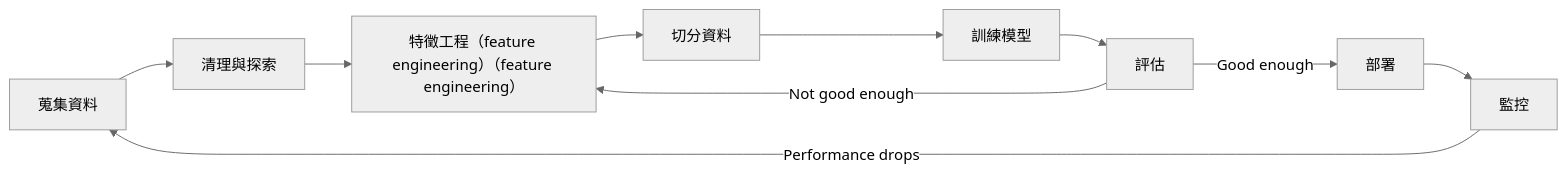
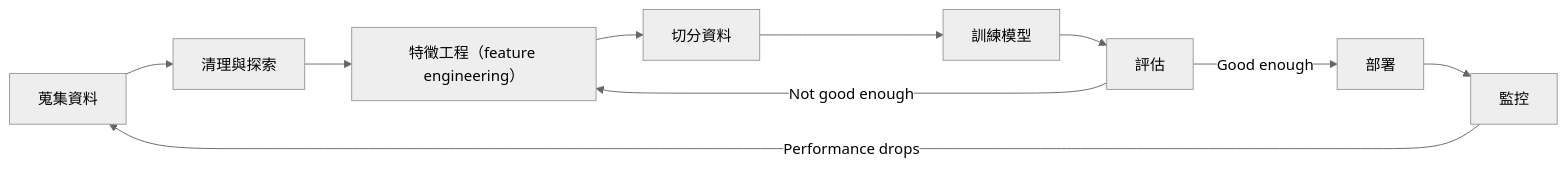
Before and after one commit to edward821220/ai-engineering-from-scratch: the third of 6 diagrams in i18n/zh-TW/phases/02-ml-fundamentals/01-what-is-machine-learning/docs/zh-TW.md, drawn with Mermaid (neutral theme). The commit also changed other lines of this file, not shown here.

````diff
--- a/i18n/zh-TW/phases/02-ml-fundamentals/01-what-is-machine-learning/docs/zh-TW.md
+++ b/i18n/zh-TW/phases/02-ml-fundamentals/01-what-is-machine-learning/docs/zh-TW.md
@@ -124,12 +124,12 @@
 ```mermaid
 flowchart LR
     A[蒐集資料] --> B[清理與探索]
-    B --> C[特徵工程（feature engineering）（feature engineering）]
+    B --> C[特徵工程（feature engineering）]
     C --> D[切分資料]
     D --> E[訓練模型]
     E --> F[評估]
     F -->|Not good enough| C
     F -->|Good enough| G[部署]
     G --> H[監控]
     H -->|Performance drops| A
 ```
````
